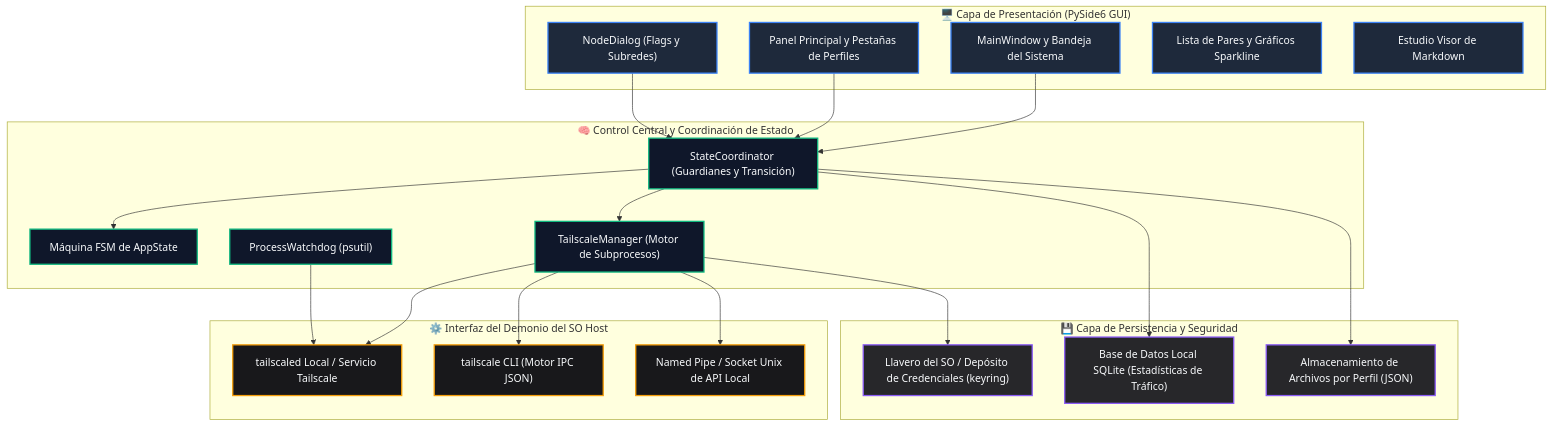
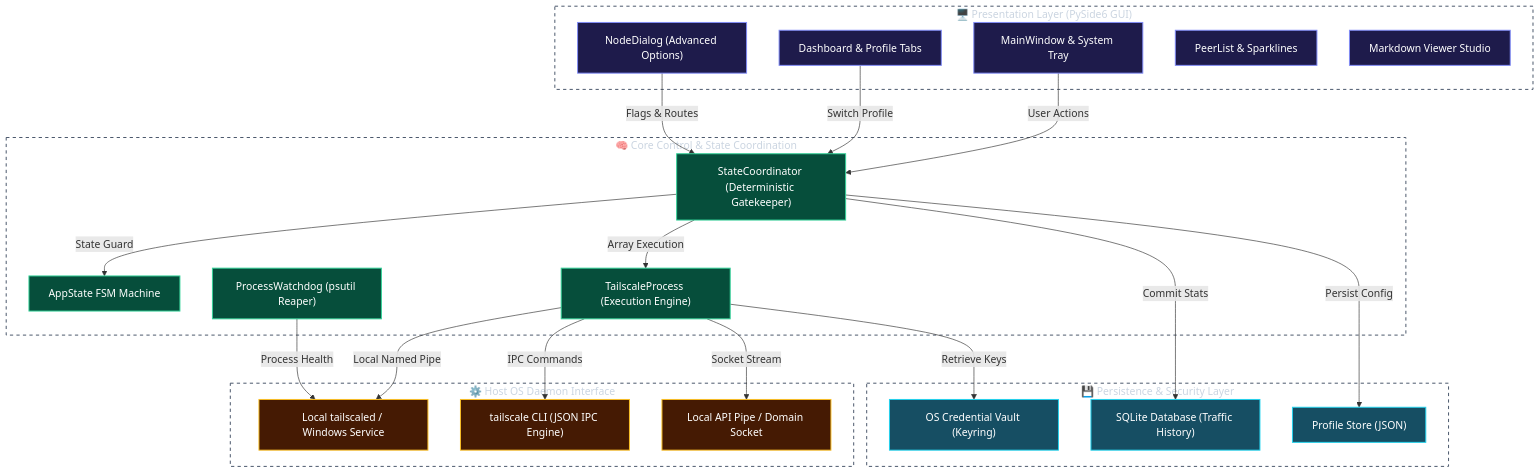
The first of 3 diagrams in Docs/README_es.md (Arean82/Tailscale-Headscale-Client), drawn with Mermaid before and after one commit. The commit also changed other lines of this file and 3 other files, not shown here.

````diff
--- a/Docs/README_es.md
+++ b/Docs/README_es.md
@@ -13,49 +20,55 @@
 ```mermaid
 graph TB
-    %% Styling Classes
-    classDef uiLayer fill:#1e293b,stroke:#3b82f6,stroke-width:2px,color:#f8fafc;
-    classDef coordLayer fill:#0f172a,stroke:#10b981,stroke-width:2px,color:#f8fafc;
-    classDef daemonLayer fill:#18181b,stroke:#f59e0b,stroke-width:2px,color:#f8fafc;
-    classDef storageLayer fill:#27272a,stroke:#8b5cf6,stroke-width:2px,color:#f8fafc;
+    %% Explicit Node Styling - Colors ONLY on Nodes
+    classDef uiNode fill:#1e1b4b,stroke:#818cf8,stroke-width:1.5px,color:#ffffff;
+    classDef coordNode fill:#064e3b,stroke:#34d399,stroke-width:1.5px,color:#ffffff;
+    classDef daemonNode fill:#451a03,stroke:#fbbf24,stroke-width:1.5px,color:#ffffff;
+    classDef storageNode fill:#164e63,stroke:#22d3ee,stroke-width:1.5px,color:#ffffff;
 
-    subgraph UI ["🖥️ Capa de Presentación (PySide6 GUI)"]
-        MW["MainWindow y Bandeja del Sistema"]:::uiLayer
-        DB["Panel Principal y Pestañas de Perfiles"]:::uiLayer
-        ND["NodeDialog (Flags y Subredes)"]:::uiLayer
-        PL["Lista de Pares y Gráficos Sparkline"]:::uiLayer
-        RD["Estudio Visor de Markdown"]:::uiLayer
+    %% 100% Transparent Subgraph Containers (Zero Flood Color)
+    style UI fill:none,stroke:#475569,stroke-width:1.5px,stroke-dasharray: 5 5,color:#cbd5e1;
+    style Core fill:none,stroke:#475569,stroke-width:1.5px,stroke-dasharray: 5 5,color:#cbd5e1;
+    style Daemon fill:none,stroke:#475569,stroke-width:1.5px,stroke-dasharray: 5 5,color:#cbd5e1;
+    style Storage fill:none,stroke:#475569,stroke-width:1.5px,stroke-dasharray: 5 5,color:#cbd5e1;
+
+    subgraph UI ["🖥️ Presentation Layer (PySide6 GUI)"]
+        MW["MainWindow & System Tray"]:::uiNode
+        DB["Dashboard & Profile Tabs"]:::uiNode
+        ND["NodeDialog (Advanced Options)"]:::uiNode
+        PL["PeerList & Sparklines"]:::uiNode
+        RD["Markdown Viewer Studio"]:::uiNode
     end
 
-    subgraph Core ["🧠 Control Central y Coordinación de Estado"]
-        SC["StateCoordinator (Guardianes y Transición)"]:::coordLayer
-        SM["Máquina FSM de AppState"]:::coordLayer
-        TSM["TailscaleManager (Motor de Subprocesos)"]:::coordLayer
-        WM["ProcessWatchdog (psutil)"]:::coordLayer
+    subgraph Core ["🧠 Core Control & State Coordination"]
+        SC["StateCoordinator (Deterministic Gatekeeper)"]:::coordNode
+        SM["AppState FSM Machine"]:::coordNode
+        TSM["TailscaleProcess (Execution Engine)"]:::coordNode
+        WM["ProcessWatchdog (psutil Reaper)"]:::coordNode
     end
 
-    subgraph Daemon ["⚙️ Interfaz del Demonio del SO Host"]
-        TD["tailscaled Local / Servicio Tailscale"]:::daemonLayer
-        CLI["tailscale CLI (Motor IPC JSON)"]:::daemonLayer
-        API["Named Pipe / Socket Unix de API Local"]:::daemonLayer
+    subgraph Daemon ["⚙️ Host OS Daemon Interface"]
+        TD["Local tailscaled / Windows Service"]:::daemonNode
+        CLI["tailscale CLI (JSON IPC Engine)"]:::daemonNode
+        API["Local API Pipe / Domain Socket"]:::daemonNode
     end
 
-    subgraph Storage ["💾 Capa de Persistencia y Seguridad"]
-        KR["Llavero del SO / Depósito de Credenciales (keyring)"]:::storageLayer
-        SQL["Base de Datos Local SQLite (Estadísticas de Tráfico)"]:::storageLayer
-        FS["Almacenamiento de Archivos por Perfil (JSON)"]:::storageLayer
+    subgraph Storage ["💾 Persistence & Security Layer"]
+        KR["OS Credential Vault (Keyring)"]:::storageNode
+        SQL["SQLite Database (Traffic History)"]:::storageNode
+        FS["Profile Store (JSON)"]:::storageNode
     end
 
-    %% Interconnections
-    MW --> SC
-    DB --> SC
-    ND --> SC
-    SC --> SM
-    SC --> TSM
-    TSM --> CLI
-    TSM --> TD
-    TSM --> API
-    WM --> TD
-    SC --> FS
-    TSM --> KR
-    SC --> SQL
+    %% Flow Connections
+    MW -->|User Actions| SC
+    DB -->|Switch Profile| SC
+    ND -->|Flags & Routes| SC
+    SC -->|State Guard| SM
+    SC -->|Array Execution| TSM
+    TSM -->|IPC Commands| CLI
+    TSM -->|Local Named Pipe| TD
+    TSM -->|Socket Stream| API
+    WM -->|Process Health| TD
+    SC -->|Persist Config| FS
+    TSM -->|Retrieve Keys| KR
+    SC -->|Commit Stats| SQL
 ```
````
